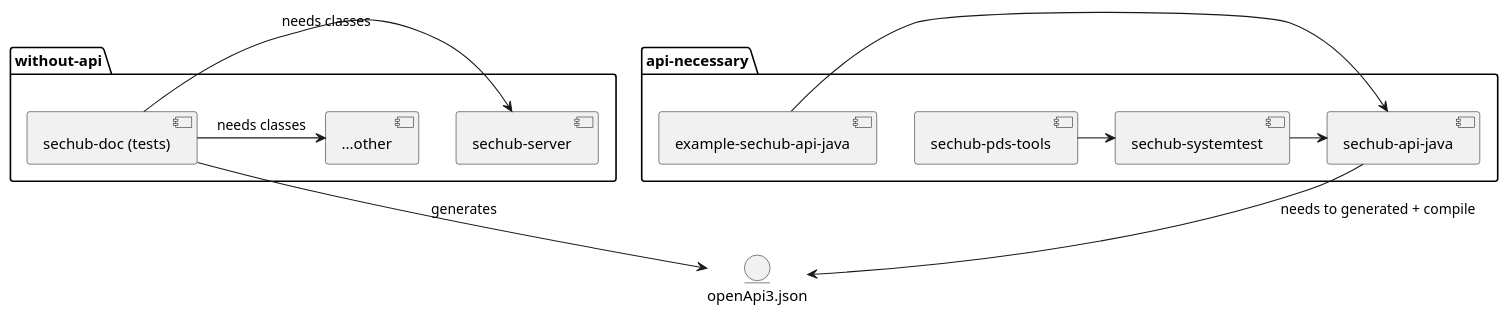
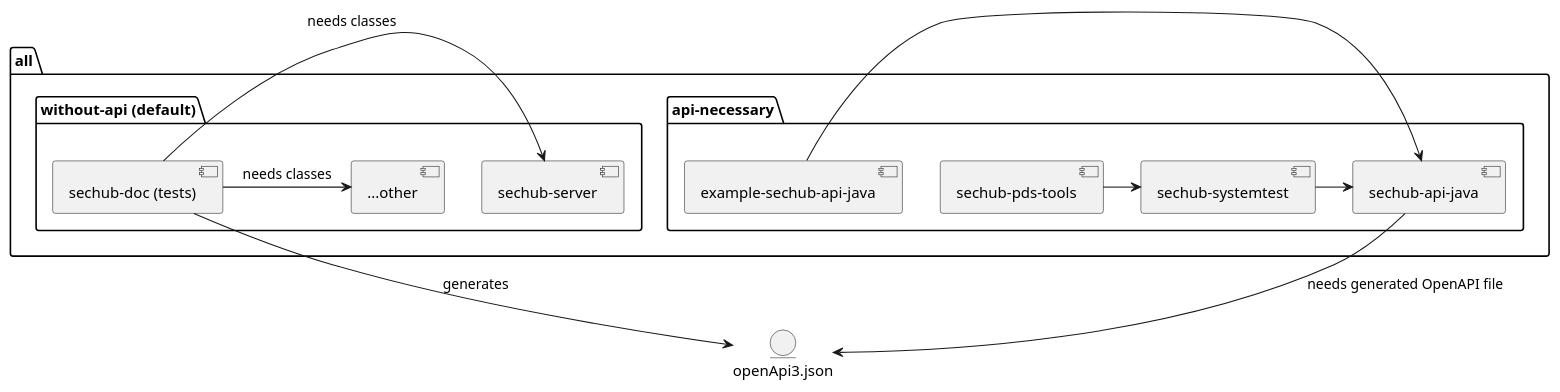
The diagram in sechub-doc/src/docs/asciidoc/diagrams/diagram_build_lifecycle_api_problem.puml (mercedes-benz/sechub), drawn with PlantUML before and after one commit. The commit also changed 7 other files, not shown here.

```diff
--- a/sechub-doc/src/docs/asciidoc/diagrams/diagram_build_lifecycle_api_problem.puml
+++ b/sechub-doc/src/docs/asciidoc/diagrams/diagram_build_lifecycle_api_problem.puml
@@ -1,29 +1,29 @@
-
-package "without-api" {
-    component sechub_server as "sechub-server"
-    component sechub_doc as "sechub-doc (tests)"
-    component other as "...other" 
+package "all" {
+    package "without-api (default)" {
+        component sechub_server as "sechub-server"
+        component sechub_doc as "sechub-doc (tests)"
+        component other as "...other" 
+        
+        sechub_doc -> sechub_server: needs classes
+        sechub_doc -> other: needs classes
     
-    sechub_doc -> sechub_server: needs classes
-    sechub_doc -> other: needs classes
-
+    }
+    
+    package "api-necessary" {
+        component sechub_api_java as "sechub-api-java"
+        component sechub_systemtest as "sechub-systemtest"
+        component sechub_example_api_java as "example-sechub-api-java"
+        component sechub_pds_tools as "sechub-pds-tools"
+        
+        sechub_pds_tools -> sechub_systemtest
+        sechub_systemtest -> sechub_api_java
+        sechub_example_api_java -> sechub_api_java
+    }
 }
-
-package "api-necessary" {
-    component sechub_api_java as "sechub-api-java"
-    component sechub_systemtest as "sechub-systemtest"
-    component sechub_example_api_java as "example-sechub-api-java"
-    component sechub_pds_tools as "sechub-pds-tools"
-    
-    sechub_pds_tools -> sechub_systemtest
-    sechub_systemtest -> sechub_api_java
-    sechub_example_api_java -> sechub_api_java
-}
-
 
 
 entity open_api as "openApi3.json"
 
 sechub_doc --> open_api: generates 
 
-sechub_api_java --> open_api: needs to generated + compile
+sechub_api_java --> open_api: needs generated OpenAPI file
```
